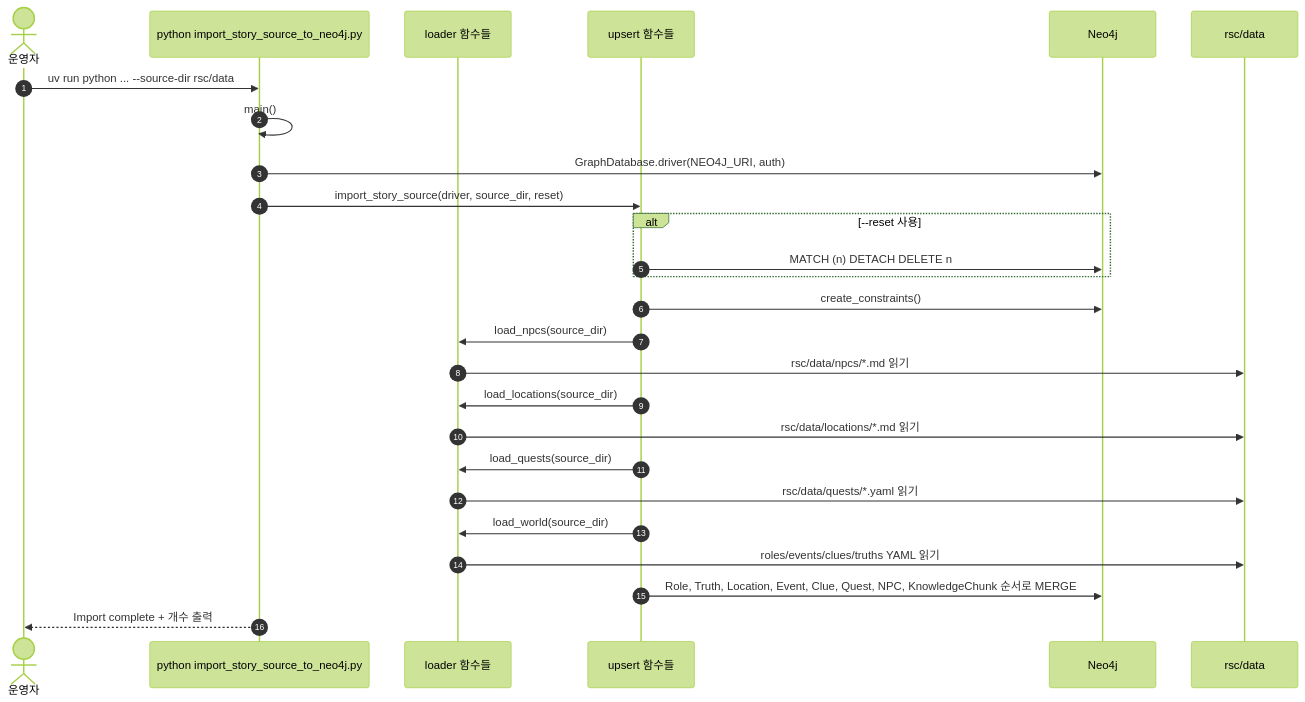
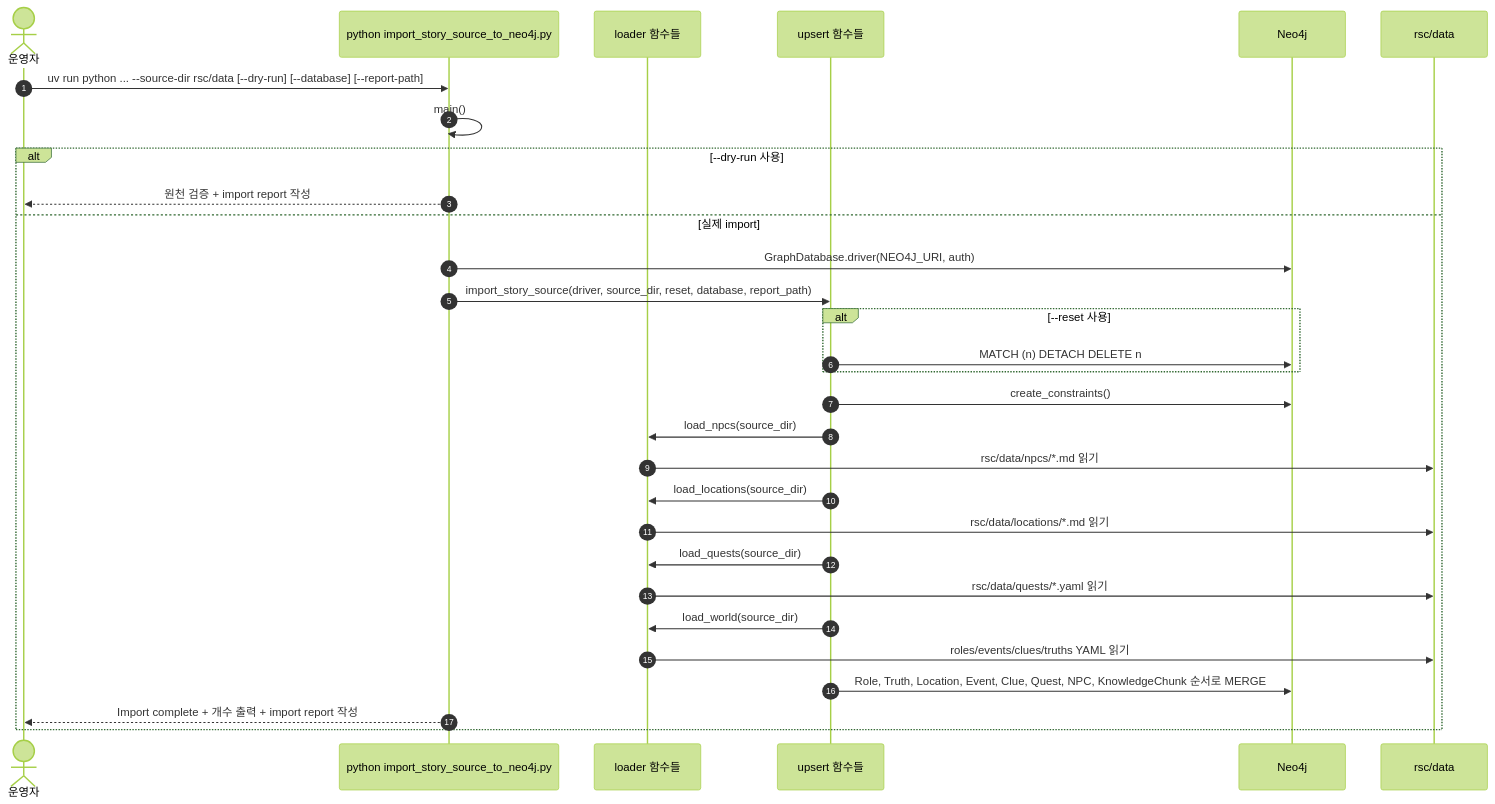
One commit to HRDI0/npc_persona changed the third of 20 diagrams in docs/system_architecture.md. Above: the diagram before and after it, drawn with Mermaid (forest theme). The commit also changed other lines of this file, not shown here.

Commit message:
시스템 아키텍처 문서 갱신
Ultraworked with [Sisyphus](https://github.com/code-yeongyu/oh-my-openagent)

````diff
--- a/docs/system_architecture.md
+++ b/docs/system_architecture.md
@@ -87,29 +87,33 @@
 ```mermaid
 sequenceDiagram
     autonumber
     actor Operator as 운영자
     participant CLI as python import_story_source_to_neo4j.py
     participant Loader as loader 함수들
     participant Upsert as upsert 함수들
     participant Neo4j as Neo4j
     participant Source as rsc/data
 
-    Operator->>CLI: uv run python ... --source-dir rsc/data
+    Operator->>CLI: uv run python ... --source-dir rsc/data [--dry-run] [--database] [--report-path]
     CLI->>CLI: main()
-    CLI->>Neo4j: GraphDatabase.driver(NEO4J_URI, auth)
-    CLI->>Upsert: import_story_source(driver, source_dir, reset)
-    alt --reset 사용
-        Upsert->>Neo4j: MATCH (n) DETACH DELETE n
+    alt --dry-run 사용
+        CLI-->>Operator: 원천 검증 + import report 작성
+    else 실제 import
+        CLI->>Neo4j: GraphDatabase.driver(NEO4J_URI, auth)
+        CLI->>Upsert: import_story_source(driver, source_dir, reset, database, report_path)
+        alt --reset 사용
+            Upsert->>Neo4j: MATCH (n) DETACH DELETE n
+        end
+        Upsert->>Neo4j: create_constraints()
+        Upsert->>Loader: load_npcs(source_dir)
+        Loader->>Source: rsc/data/npcs/*.md 읽기
+        Upsert->>Loader: load_locations(source_dir)
+        Loader->>Source: rsc/data/locations/*.md 읽기
+        Upsert->>Loader: load_quests(source_dir)
+        Loader->>Source: rsc/data/quests/*.yaml 읽기
+        Upsert->>Loader: load_world(source_dir)
+        Loader->>Source: roles/events/clues/truths YAML 읽기
+        Upsert->>Neo4j: Role, Truth, Location, Event, Clue, Quest, NPC, KnowledgeChunk 순서로 MERGE
+        CLI-->>Operator: Import complete + 개수 출력 + import report 작성
     end
-    Upsert->>Neo4j: create_constraints()
-    Upsert->>Loader: load_npcs(source_dir)
-    Loader->>Source: rsc/data/npcs/*.md 읽기
-    Upsert->>Loader: load_locations(source_dir)
-    Loader->>Source: rsc/data/locations/*.md 읽기
-    Upsert->>Loader: load_quests(source_dir)
-    Loader->>Source: rsc/data/quests/*.yaml 읽기
-    Upsert->>Loader: load_world(source_dir)
-    Loader->>Source: roles/events/clues/truths YAML 읽기
-    Upsert->>Neo4j: Role, Truth, Location, Event, Clue, Quest, NPC, KnowledgeChunk 순서로 MERGE
-    CLI-->>Operator: Import complete + 개수 출력
 ```
````
